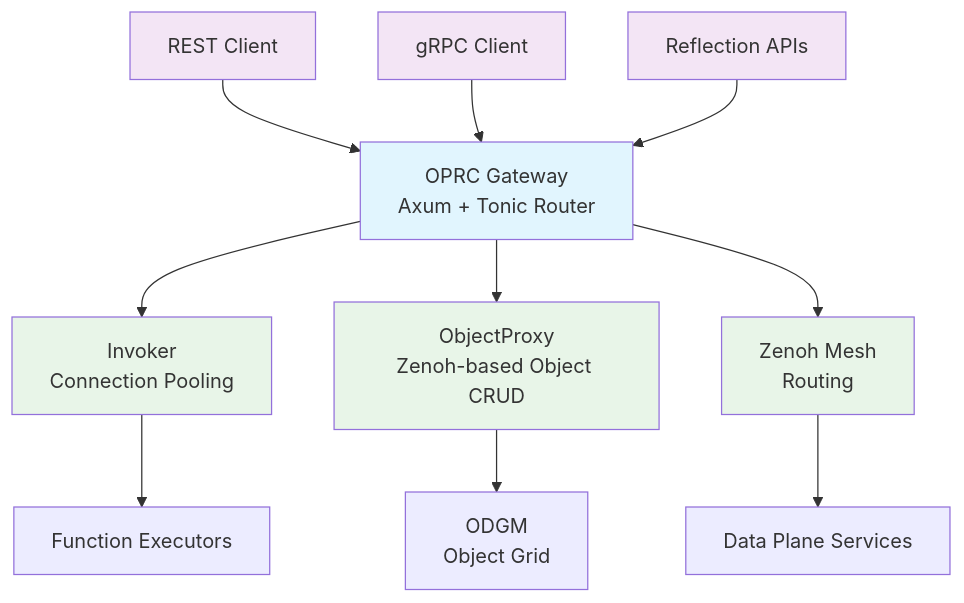
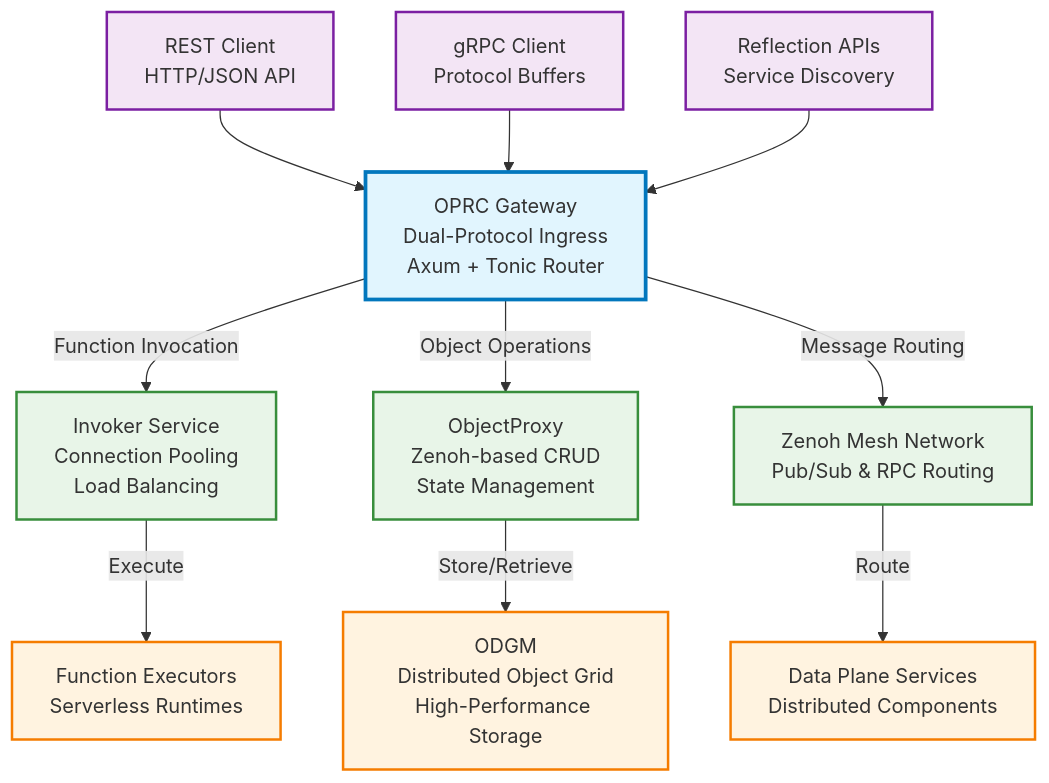
The diagram in data-plane/oprc-gateway/README.md (pawissanutt/oaas-rs), drawn with Mermaid before and after one commit. The commit also changed 13 other files, not shown here.

````diff
--- a/data-plane/oprc-gateway/README.md
+++ b/data-plane/oprc-gateway/README.md
@@ -19,24 +19,27 @@
 ```mermaid
 graph TD
-    RC[REST Client] --> GW
-    GC[gRPC Client] --> GW
-    RA[Reflection APIs] --> GW
+    RC[REST Client<br/>HTTP/JSON API] --> GW
+    GC[gRPC Client<br/>Protocol Buffers] --> GW
+    RA[Reflection APIs<br/>Service Discovery] --> GW
     
-    GW[OPRC Gateway<br/>Axum + Tonic Router]
+    GW[OPRC Gateway<br/>Dual-Protocol Ingress<br/>Axum + Tonic Router]
     
-    GW --> INV[Invoker<br/>Connection Pooling]
-    GW --> OP[ObjectProxy<br/>Zenoh-based Object CRUD]
-    GW --> ZM[Zenoh Mesh<br/>Routing]
+    GW -->|Function Invocation| INV[Invoker Service<br/>Connection Pooling<br/>Load Balancing]
+    GW -->|Object Operations| OP[ObjectProxy<br/>Zenoh-based CRUD<br/>State Management]
+    GW -->|Message Routing| ZM[Zenoh Mesh Network<br/>Pub/Sub & RPC Routing]
     
-    INV --> FE[Function Executors]
-    OP --> ODGM[ODGM<br/>Object Grid]
-    ZM --> DPS[Data Plane Services]
+    INV -->|Execute| FE[Function Executors<br/>Serverless Runtimes]
+    OP -->|Store/Retrieve| ODGM[ODGM<br/>Distributed Object Grid<br/>High-Performance Storage]
+    ZM -->|Route| DPS[Data Plane Services<br/>Distributed Components]
     
-    style GW fill:#e1f5fe
-    style RC fill:#f3e5f5
-    style GC fill:#f3e5f5
-    style RA fill:#f3e5f5
-    style INV fill:#e8f5e8
-    style OP fill:#e8f5e8
-    style ZM fill:#e8f5e8
+    style GW fill:#e1f5fe,stroke:#0277bd,stroke-width:3px
+    style RC fill:#f3e5f5,stroke:#7b1fa2,stroke-width:2px
+    style GC fill:#f3e5f5,stroke:#7b1fa2,stroke-width:2px
+    style RA fill:#f3e5f5,stroke:#7b1fa2,stroke-width:2px
+    style INV fill:#e8f5e8,stroke:#388e3c,stroke-width:2px
+    style OP fill:#e8f5e8,stroke:#388e3c,stroke-width:2px
+    style ZM fill:#e8f5e8,stroke:#388e3c,stroke-width:2px
+    style FE fill:#fff3e0,stroke:#f57c00,stroke-width:2px
+    style ODGM fill:#fff3e0,stroke:#f57c00,stroke-width:2px
+    style DPS fill:#fff3e0,stroke:#f57c00,stroke-width:2px
 ```
````
